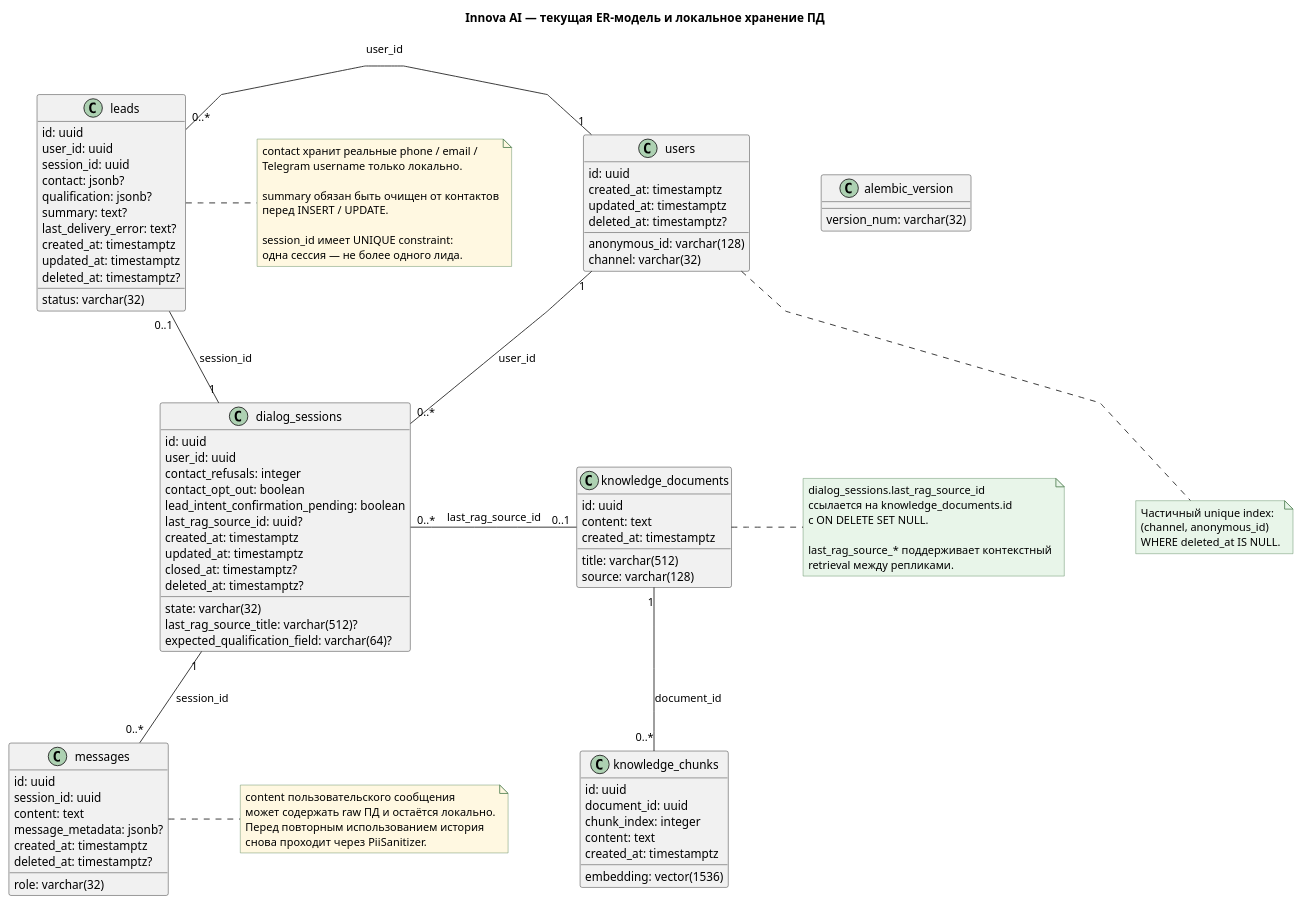
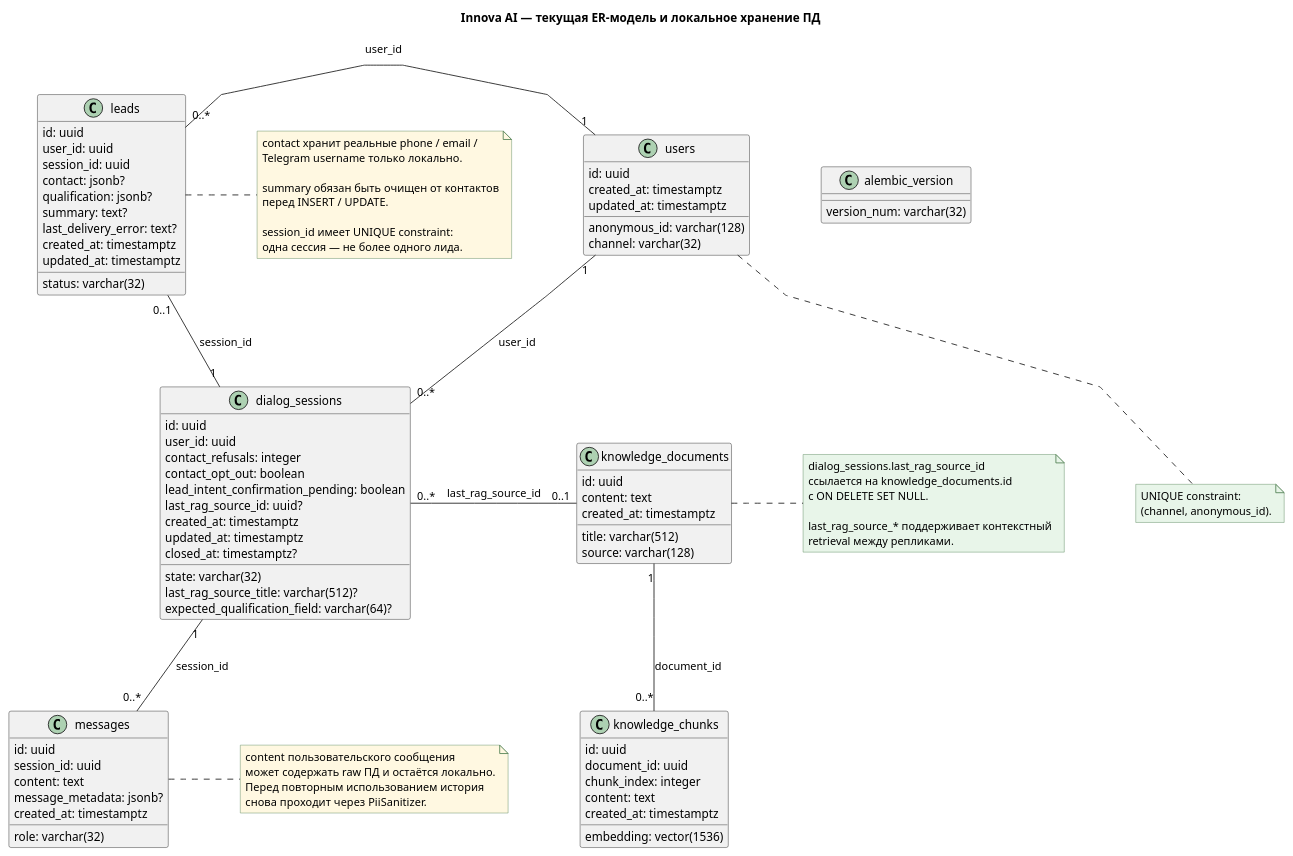
Before and after one commit to KNG-Labs/innova-ai: the diagram in docs/diagrams/current/ER.puml, drawn with PlantUML. The commit also changed 10 other files, not shown here.

```diff
--- a/docs/diagrams/current/ER.puml
+++ b/docs/diagrams/current/ER.puml
@@ -1,128 +1,123 @@
 @startuml Current_ER
 
 top to bottom direction
 skinparam linetype polyline
 skinparam shadowing false
 skinparam noteBackgroundColor #E8F5E9
 skinparam noteBorderColor #4F7F52
 skinparam nodesep 85
 skinparam ranksep 90
 skinparam classAttributeIconSize 0
 
 title Innova AI — текущая ER-модель и локальное хранение ПД
 
 class alembic_version {
    version_num: varchar(32)
 }
 
 class users {
    id: uuid
    anonymous_id: varchar(128)
    channel: varchar(32)
    created_at: timestamptz
    updated_at: timestamptz
-   deleted_at: timestamptz?
 }
 
 class dialog_sessions {
    id: uuid
    user_id: uuid
    state: varchar(32)
    contact_refusals: integer
    contact_opt_out: boolean
    lead_intent_confirmation_pending: boolean
    last_rag_source_id: uuid?
    last_rag_source_title: varchar(512)?
    expected_qualification_field: varchar(64)?
    created_at: timestamptz
    updated_at: timestamptz
    closed_at: timestamptz?
-   deleted_at: timestamptz?
 }
 
 class messages {
    id: uuid
    session_id: uuid
    role: varchar(32)
    content: text
    message_metadata: jsonb?
    created_at: timestamptz
-   deleted_at: timestamptz?
 }
 
 class leads {
    id: uuid
    user_id: uuid
    session_id: uuid
    status: varchar(32)
    contact: jsonb?
    qualification: jsonb?
    summary: text?
    last_delivery_error: text?
    created_at: timestamptz
    updated_at: timestamptz
-   deleted_at: timestamptz?
 }
 
 class knowledge_documents {
    id: uuid
    title: varchar(512)
    source: varchar(128)
    content: text
    created_at: timestamptz
 }
 
 class knowledge_chunks {
    id: uuid
    document_id: uuid
    chunk_index: integer
    content: text
    embedding: vector(1536)
    created_at: timestamptz
 }
 
 users               "1" -down-  "0..*" dialog_sessions    : user_id
 users               "1" -left-  "0..*" leads              : user_id
 dialog_sessions     "1" -down-  "0..*" messages           : session_id
 dialog_sessions     "1" -left-  "0..1" leads              : session_id
 knowledge_documents "1" -down-  "0..*" knowledge_chunks   : document_id
 knowledge_documents "0..1" -left- "0..*" dialog_sessions  : last_rag_source_id
 
 users -[hidden]right- alembic_version
 leads -[hidden]right- messages
 messages -[hidden]right- knowledge_chunks
 
 note right of messages #FFF8E1
   content пользовательского сообщения
   может содержать raw ПД и остаётся локально.
   Перед повторным использованием история
   снова проходит через PiiSanitizer.
 end note
 
 note right of leads #FFF8E1
   contact хранит реальные phone / email /
   Telegram username только локально.
 
   summary обязан быть очищен от контактов
   перед INSERT / UPDATE.
 
   session_id имеет UNIQUE constraint:
   одна сессия — не более одного лида.
 end note
 
 note right of knowledge_documents
   dialog_sessions.last_rag_source_id
   ссылается на knowledge_documents.id
   с ON DELETE SET NULL.
 
   last_rag_source_* поддерживает контекстный
   retrieval между репликами.
 end note
 
 note bottom of users
-  Частичный unique index:
-  (channel, anonymous_id)
-  WHERE deleted_at IS NULL.
+  UNIQUE constraint:
+  (channel, anonymous_id).
 end note
 
 @enduml
```
